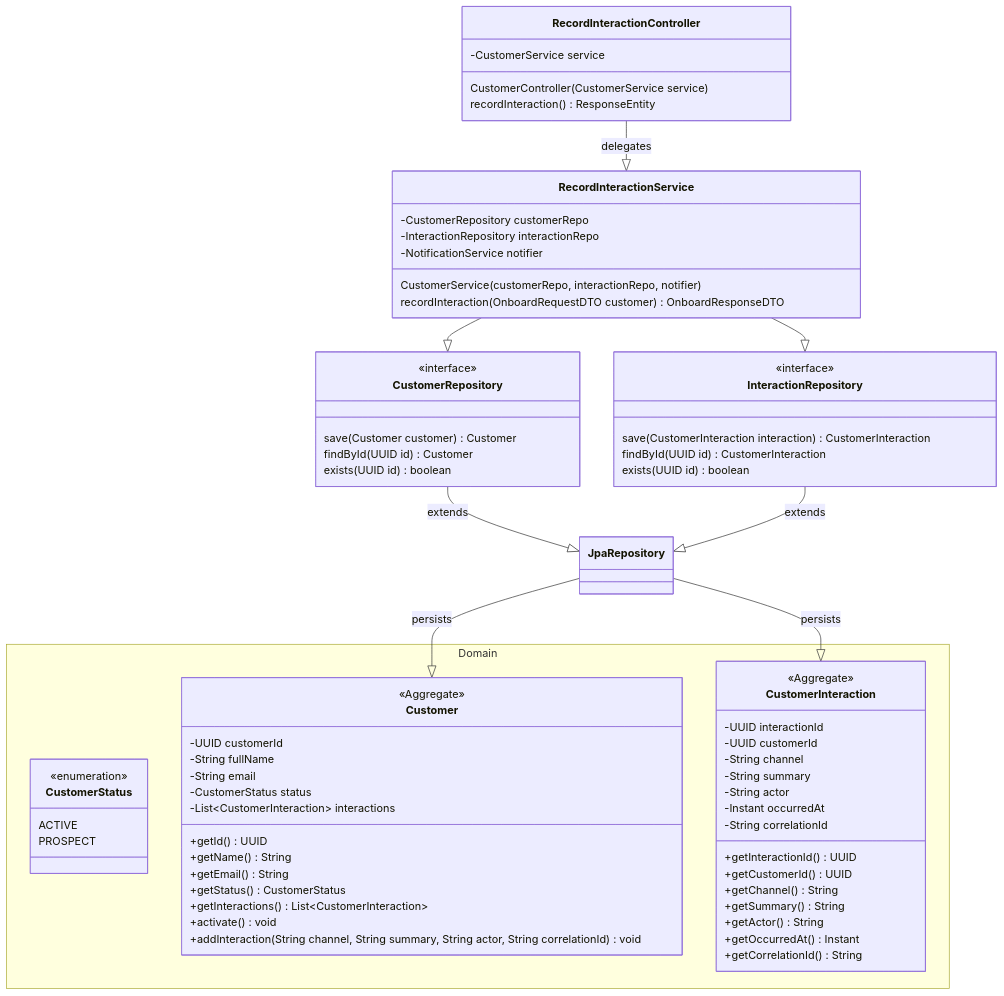
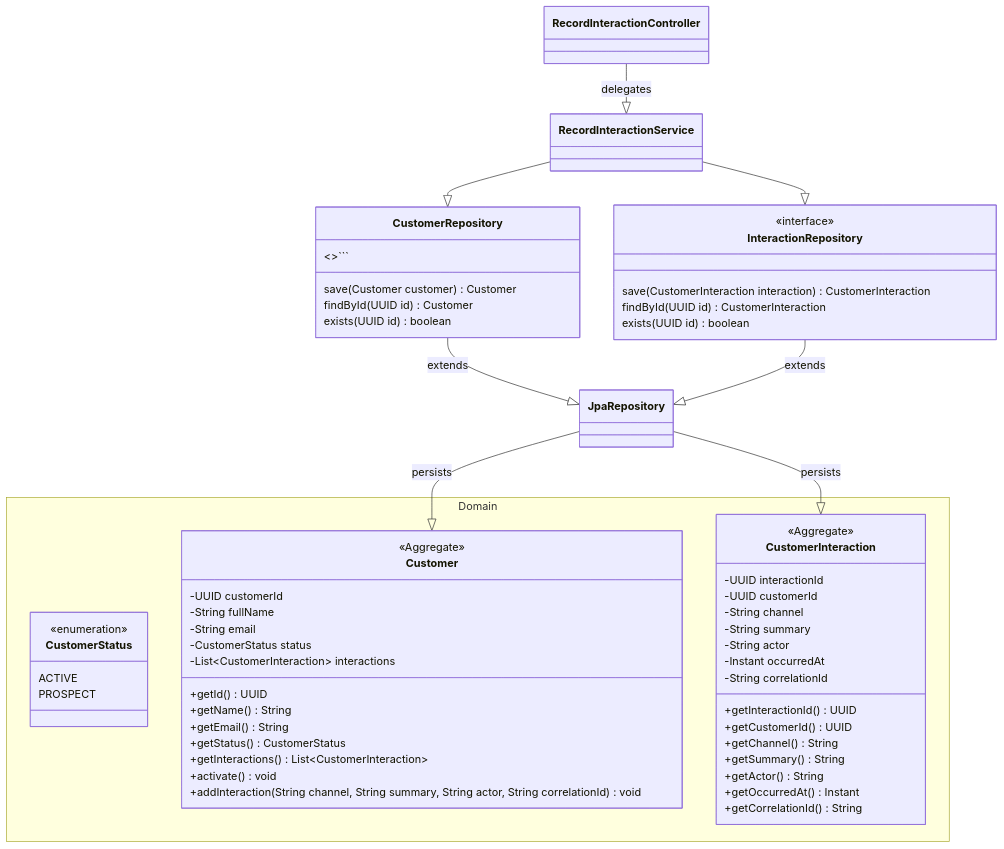
One commit to ezeKemm/2026-bootcamp-capstone changed the sixth of 6 diagrams in docs/architecture/application-diagrams.md. Above: the diagram before and after it, drawn with Mermaid. The commit also changed other lines of this file and 12 other files, not shown here.

````diff
--- a/docs/architecture/application-diagrams.md
+++ b/docs/architecture/application-diagrams.md
@@ -126,77 +124,64 @@
 ```mermaid
 classDiagram
     namespace Domain {
         class CustomerStatus {
             <<enumeration>>
             ACTIVE
             PROSPECT
         }
         class Customer {
             <<Aggregate>>
             -UUID customerId
             -String fullName
             -String email
             -CustomerStatus status
             -List~CustomerInteraction~ interactions
 
             +getId() UUID
             +getName() String
             +getEmail() String
             +getStatus() CustomerStatus
             +getInteractions() List~CustomerInteraction~
             +activate() void
             +addInteraction(String channel, String summary, String actor, String correlationId) void
         }
         class CustomerInteraction {
             <<Aggregate>>
             -UUID interactionId
             -UUID customerId
             -String channel
             -String summary
             -String actor
             -Instant occurredAt
             -String correlationId
 
             +getInteractionId() UUID
             +getCustomerId() UUID
             +getChannel() String
             +getSummary() String
             +getActor() String
             +getOccurredAt() Instant
             +getCorrelationId() String
         }
     }
-
-    class RecordInteractionController {
-        -CustomerService service
-        CustomerController(CustomerService service)
-        recordInteraction() ResponseEntity
-    }
-    class RecordInteractionService {
-        -CustomerRepository customerRepo
-        -InteractionRepository interactionRepo
-        -NotificationService notifier
-        CustomerService(customerRepo, interactionRepo, notifier)
-        recordInteraction(OnboardRequestDTO customer) OnboardResponseDTO
-    }
     class CustomerRepository {
-        <<interface>>
+        <<interface>>```
         save(Customer customer) Customer
         findById(UUID id) Customer
         exists(UUID id) boolean
     }
     class InteractionRepository {
         <<interface>>
         save(CustomerInteraction interaction) CustomerInteraction
         findById(UUID id) CustomerInteraction
         exists(UUID id) boolean
     }
     class JpaRepository {}
     RecordInteractionController --|> RecordInteractionService: delegates
     RecordInteractionService --|> CustomerRepository
     RecordInteractionService --|> InteractionRepository
     CustomerRepository --|> JpaRepository: extends
     InteractionRepository --|> JpaRepository: extends
     JpaRepository --|> Customer: persists
     JpaRepository --|> CustomerInteraction: persists
 ```
````
